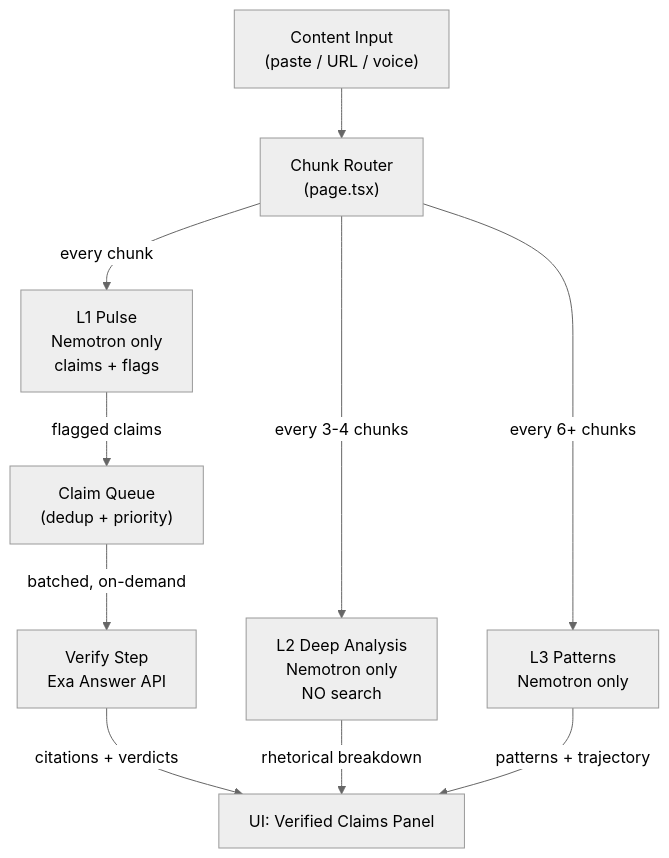
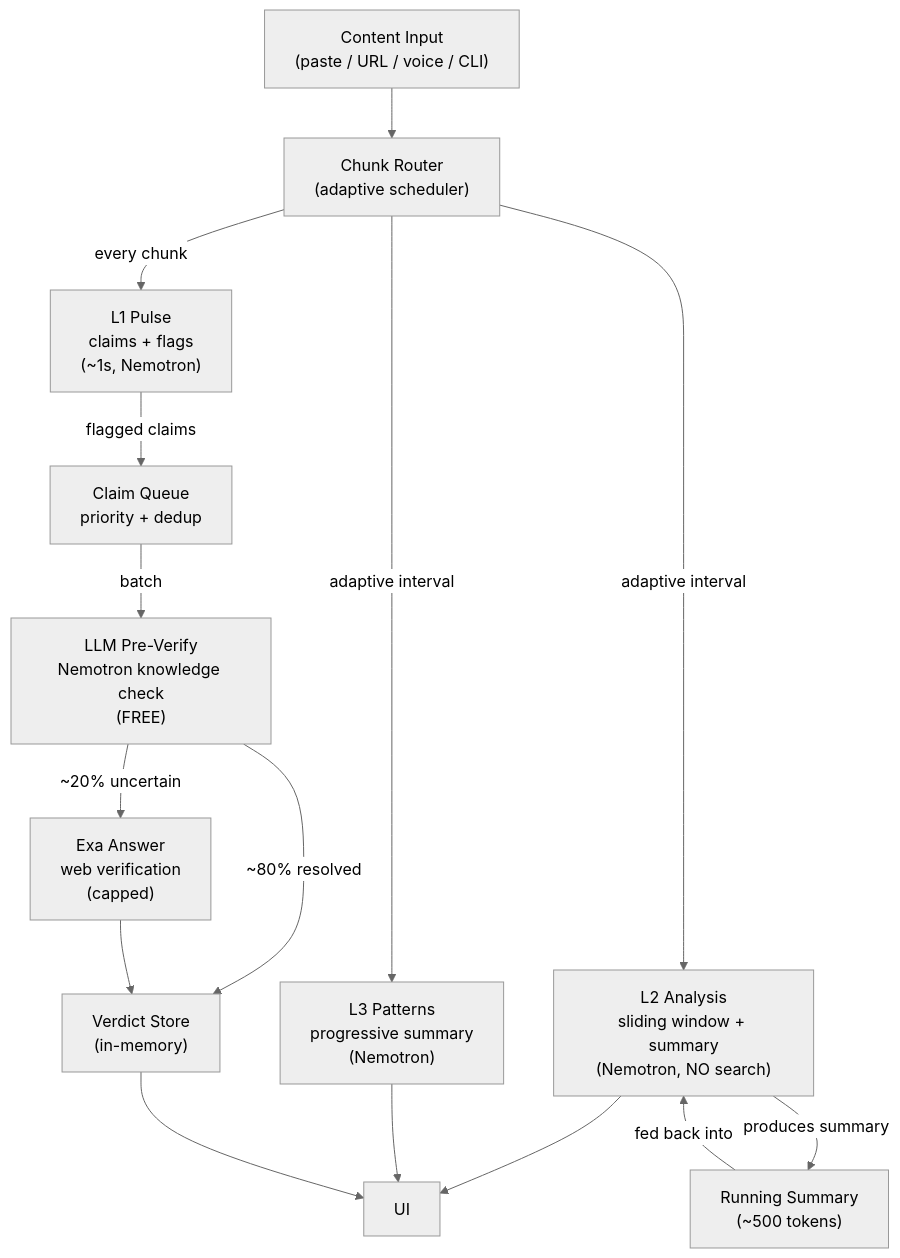
One commit to RayFernando1337/truthlens changed the diagram in .cursor/plans/search_cost_optimization_5735a2a1.plan.md. Above: the diagram before and after it, drawn with Mermaid (neutral theme). The commit also changed other lines of this file, not shown here.

First line of the commit message:
Revise search optimization plan for long-form content and CLI batch usage

````diff
--- a/.cursor/plans/search_cost_optimization_5735a2a1.plan.md
+++ b/.cursor/plans/search_cost_optimization_5735a2a1.plan.md
@@ -60,15 +78,22 @@
 ```mermaid
 flowchart TD
-    Input["Content Input\n(paste / URL / voice)"] --> ChunkRouter["Chunk Router\n(page.tsx)"]
+    Input["Content Input\n(paste / URL / voice / CLI)"] --> ChunkRouter["Chunk Router\n(adaptive scheduler)"]
 
-    ChunkRouter -->|every chunk| L1["L1 Pulse\nNemotron only\nclaims + flags"]
-    ChunkRouter -->|every 3-4 chunks| L2["L2 Deep Analysis\nNemotron only\nNO search"]
-    ChunkRouter -->|every 6+ chunks| L3["L3 Patterns\nNemotron only"]
+    ChunkRouter -->|every chunk| L1["L1 Pulse\nclaims + flags\n(~1s, Nemotron)"]
+    ChunkRouter -->|adaptive interval| L2["L2 Analysis\nsliding window + summary\n(Nemotron, NO search)"]
+    ChunkRouter -->|adaptive interval| L3["L3 Patterns\nprogressive summary\n(Nemotron)"]
 
-    L1 -->|flagged claims| ClaimQueue["Claim Queue\n(dedup + priority)"]
-    ClaimQueue -->|batched, on-demand| Verify["Verify Step\nExa Answer API"]
-    Verify -->|citations + verdicts| UI["UI: Verified Claims Panel"]
+    L1 -->|flagged claims| Queue["Claim Queue\npriority + dedup"]
+    Queue -->|batch| PreCheck["LLM Pre-Verify\nNemotron knowledge check\n(FREE)"]
 
-    L2 -->|rhetorical breakdown| UI
-    L3 -->|patterns + trajectory| UI
+    PreCheck -->|"~80% resolved"| Verdicts["Verdict Store\n(in-memory)"]
+    PreCheck -->|"~20% uncertain"| Exa["Exa Answer\nweb verification\n(capped)"]
+    Exa --> Verdicts
+
+    L2 --> UI["UI"]
+    L3 --> UI
+    Verdicts --> UI
+
+    L2 -->|produces summary| SummaryStore["Running Summary\n(~500 tokens)"]
+    SummaryStore -->|fed back into| L2
 ```
````
